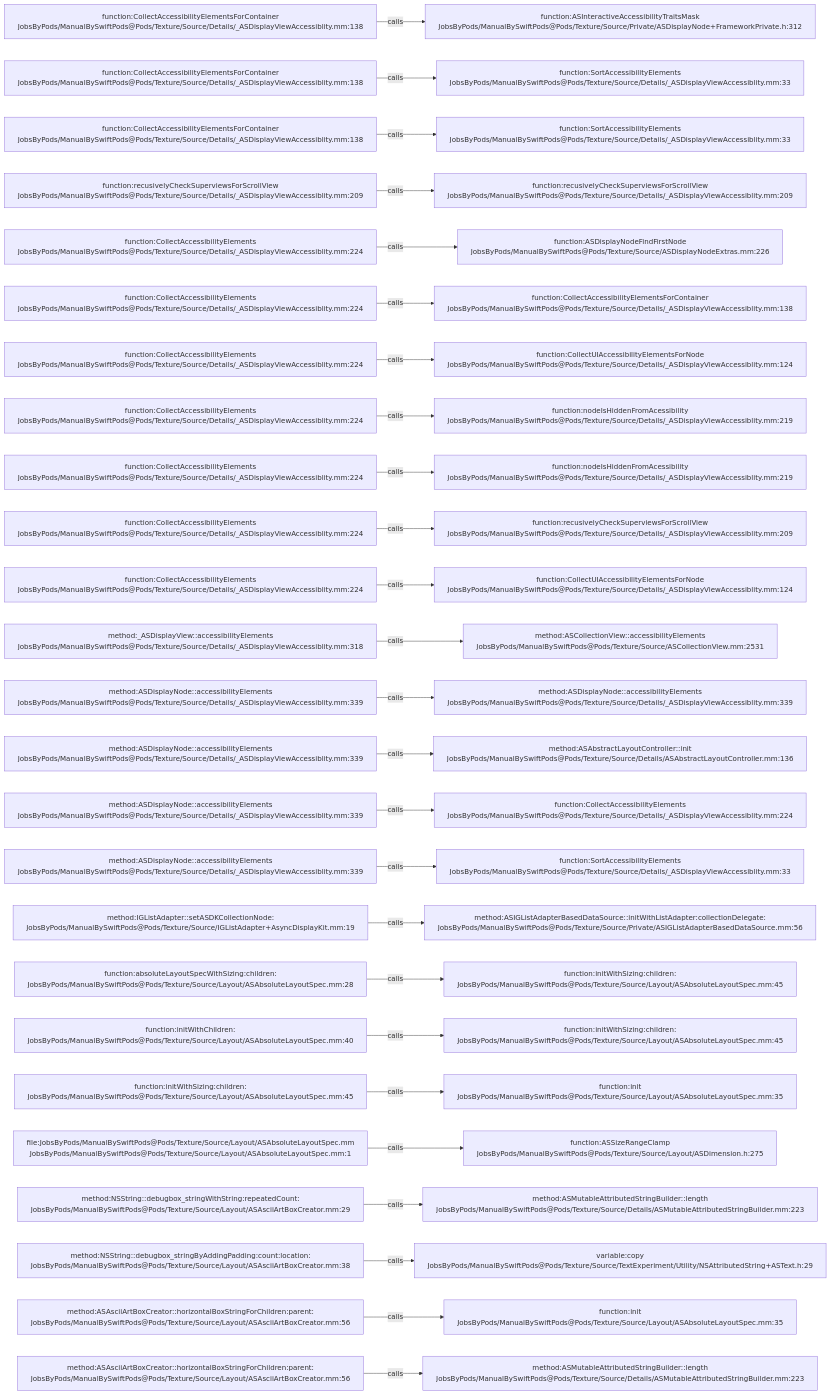
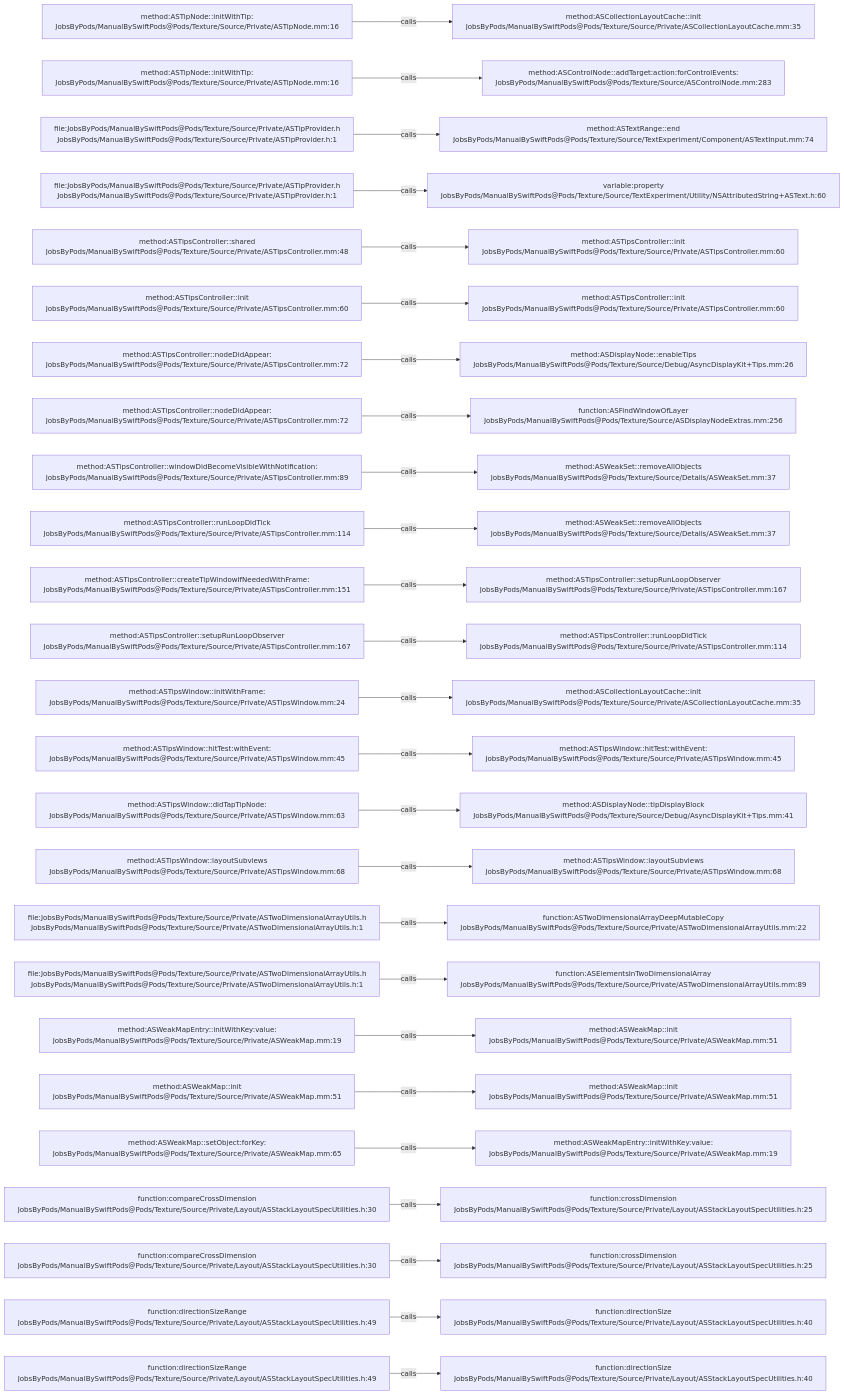
One commit to JobsKits/JobsSwiftBaseConfigDemo changed the diagram in .codegraph/codegraph.md/graphs/calls-123.md. Above: the diagram before and after it, drawn with Mermaid. The commit also changed 832 other files, not shown here.

````diff
--- a/.codegraph/codegraph.md/graphs/calls-123.md
+++ b/.codegraph/codegraph.md/graphs/calls-123.md
@@ -13,78 +13,78 @@
 ```mermaid
 flowchart LR
-  S1["function:CollectAccessibilityElementsForContainer<br/>JobsByPods/ManualBySwiftPods@Pods/Texture/Source/Details/_ASDisplayViewAccessiblity.mm:138"]
-  T1["function:ASInteractiveAccessibilityTraitsMask<br/>JobsByPods/ManualBySwiftPods@Pods/Texture/Source/Private/ASDisplayNode+FrameworkPrivate.h:312"]
+  S1["method:ASTipNode::initWithTip:<br/>JobsByPods/ManualBySwiftPods@Pods/Texture/Source/Private/ASTipNode.mm:16"]
+  T1["method:ASCollectionLayoutCache::init<br/>JobsByPods/ManualBySwiftPods@Pods/Texture/Source/Private/ASCollectionLayoutCache.mm:35"]
   S1 -->|calls| T1
-  S2["function:CollectAccessibilityElementsForContainer<br/>JobsByPods/ManualBySwiftPods@Pods/Texture/Source/Details/_ASDisplayViewAccessiblity.mm:138"]
-  T2["function:SortAccessibilityElements<br/>JobsByPods/ManualBySwiftPods@Pods/Texture/Source/Details/_ASDisplayViewAccessiblity.mm:33"]
+  S2["method:ASTipNode::initWithTip:<br/>JobsByPods/ManualBySwiftPods@Pods/Texture/Source/Private/ASTipNode.mm:16"]
+  T2["method:ASControlNode::addTarget:action:forControlEvents:<br/>JobsByPods/ManualBySwiftPods@Pods/Texture/Source/ASControlNode.mm:283"]
   S2 -->|calls| T2
-  S3["function:CollectAccessibilityElementsForContainer<br/>JobsByPods/ManualBySwiftPods@Pods/Texture/Source/Details/_ASDisplayViewAccessiblity.mm:138"]
-  T3["function:SortAccessibilityElements<br/>JobsByPods/ManualBySwiftPods@Pods/Texture/Source/Details/_ASDisplayViewAccessiblity.mm:33"]
+  S3["file:JobsByPods/ManualBySwiftPods@Pods/Texture/Source/Private/ASTipProvider.h<br/>JobsByPods/ManualBySwiftPods@Pods/Texture/Source/Private/ASTipProvider.h:1"]
+  T3["method:ASTextRange::end<br/>JobsByPods/ManualBySwiftPods@Pods/Texture/Source/TextExperiment/Component/ASTextInput.mm:74"]
   S3 -->|calls| T3
-  S4["function:recusivelyCheckSuperviewsForScrollView<br/>JobsByPods/ManualBySwiftPods@Pods/Texture/Source/Details/_ASDisplayViewAccessiblity.mm:209"]
-  T4["function:recusivelyCheckSuperviewsForScrollView<br/>JobsByPods/ManualBySwiftPods@Pods/Texture/Source/Details/_ASDisplayViewAccessiblity.mm:209"]
+  S4["file:JobsByPods/ManualBySwiftPods@Pods/Texture/Source/Private/ASTipProvider.h<br/>JobsByPods/ManualBySwiftPods@Pods/Texture/Source/Private/ASTipProvider.h:1"]
+  T4["variable:property<br/>JobsByPods/ManualBySwiftPods@Pods/Texture/Source/TextExperiment/Utility/NSAttributedString+ASText.h:60"]
   S4 -->|calls| T4
-  S5["function:CollectAccessibilityElements<br/>JobsByPods/ManualBySwiftPods@Pods/Texture/Source/Details/_ASDisplayViewAccessiblity.mm:224"]
-  T5["function:ASDisplayNodeFindFirstNode<br/>JobsByPods/ManualBySwiftPods@Pods/Texture/Source/ASDisplayNodeExtras.mm:226"]
+  S5["method:ASTipsController::shared<br/>JobsByPods/ManualBySwiftPods@Pods/Texture/Source/Private/ASTipsController.mm:48"]
+  T5["method:ASTipsController::init<br/>JobsByPods/ManualBySwiftPods@Pods/Texture/Source/Private/ASTipsController.mm:60"]
   S5 -->|calls| T5
-  S6["function:CollectAccessibilityElements<br/>JobsByPods/ManualBySwiftPods@Pods/Texture/Source/Details/_ASDisplayViewAccessiblity.mm:224"]
-  T6["function:CollectAccessibilityElementsForContainer<br/>JobsByPods/ManualBySwiftPods@Pods/Texture/Source/Details/_ASDisplayViewAccessiblity.mm:138"]
+  S6["method:ASTipsController::init<br/>JobsByPods/ManualBySwiftPods@Pods/Texture/Source/Private/ASTipsController.mm:60"]
+  T6["method:ASTipsController::init<br/>JobsByPods/ManualBySwiftPods@Pods/Texture/Source/Private/ASTipsController.mm:60"]
   S6 -->|calls| T6
-  S7["function:CollectAccessibilityElements<br/>JobsByPods/ManualBySwiftPods@Pods/Texture/Source/Details/_ASDisplayViewAccessiblity.mm:224"]
-  T7["function:CollectUIAccessibilityElementsForNode<br/>JobsByPods/ManualBySwiftPods@Pods/Texture/Source/Details/_ASDisplayViewAccessiblity.mm:124"]
+  S7["method:ASTipsController::nodeDidAppear:<br/>JobsByPods/ManualBySwiftPods@Pods/Texture/Source/Private/ASTipsController.mm:72"]
+  T7["method:ASDisplayNode::enableTips<br/>JobsByPods/ManualBySwiftPods@Pods/Texture/Source/Debug/AsyncDisplayKit+Tips.mm:26"]
   S7 -->|calls| T7
-  S8["function:CollectAccessibilityElements<br/>JobsByPods/ManualBySwiftPods@Pods/Texture/Source/Details/_ASDisplayViewAccessiblity.mm:224"]
-  T8["function:nodeIsHiddenFromAcessibility<br/>JobsByPods/ManualBySwiftPods@Pods/Texture/Source/Details/_ASDisplayViewAccessiblity.mm:219"]
+  S8["method:ASTipsController::nodeDidAppear:<br/>JobsByPods/ManualBySwiftPods@Pods/Texture/Source/Private/ASTipsController.mm:72"]
+  T8["function:ASFindWindowOfLayer<br/>JobsByPods/ManualBySwiftPods@Pods/Texture/Source/ASDisplayNodeExtras.mm:256"]
   S8 -->|calls| T8
-  S9["function:CollectAccessibilityElements<br/>JobsByPods/ManualBySwiftPods@Pods/Texture/Source/Details/_ASDisplayViewAccessiblity.mm:224"]
-  T9["function:nodeIsHiddenFromAcessibility<br/>JobsByPods/ManualBySwiftPods@Pods/Texture/Source/Details/_ASDisplayViewAccessiblity.mm:219"]
+  S9["method:ASTipsController::windowDidBecomeVisibleWithNotification:<br/>JobsByPods/ManualBySwiftPods@Pods/Texture/Source/Private/ASTipsController.mm:89"]
+  T9["method:ASWeakSet::removeAllObjects<br/>JobsByPods/ManualBySwiftPods@Pods/Texture/Source/Details/ASWeakSet.mm:37"]
   S9 -->|calls| T9
-  S10["function:CollectAccessibilityElements<br/>JobsByPods/ManualBySwiftPods@Pods/Texture/Source/Details/_ASDisplayViewAccessiblity.mm:224"]
-  T10["function:recusivelyCheckSuperviewsForScrollView<br/>JobsByPods/ManualBySwiftPods@Pods/Texture/Source/Details/_ASDisplayViewAccessiblity.mm:209"]
+  S10["method:ASTipsController::runLoopDidTick<br/>JobsByPods/ManualBySwiftPods@Pods/Texture/Source/Private/ASTipsController.mm:114"]
+  T10["method:ASWeakSet::removeAllObjects<br/>JobsByPods/ManualBySwiftPods@Pods/Texture/Source/Details/ASWeakSet.mm:37"]
   S10 -->|calls| T10
-  S11["function:CollectAccessibilityElements<br/>JobsByPods/ManualBySwiftPods@Pods/Texture/Source/Details/_ASDisplayViewAccessiblity.mm:224"]
-  T11["function:CollectUIAccessibilityElementsForNode<br/>JobsByPods/ManualBySwiftPods@Pods/Texture/Source/Details/_ASDisplayViewAccessiblity.mm:124"]
+  S11["method:ASTipsController::createTipWindowIfNeededWithFrame:<br/>JobsByPods/ManualBySwiftPods@Pods/Texture/Source/Private/ASTipsController.mm:151"]
+  T11["method:ASTipsController::setupRunLoopObserver<br/>JobsByPods/ManualBySwiftPods@Pods/Texture/Source/Private/ASTipsController.mm:167"]
   S11 -->|calls| T11
-  S12["method:_ASDisplayView::accessibilityElements<br/>JobsByPods/ManualBySwiftPods@Pods/Texture/Source/Details/_ASDisplayViewAccessiblity.mm:318"]
-  T12["method:ASCollectionView::accessibilityElements<br/>JobsByPods/ManualBySwiftPods@Pods/Texture/Source/ASCollectionView.mm:2531"]
+  S12["method:ASTipsController::setupRunLoopObserver<br/>JobsByPods/ManualBySwiftPods@Pods/Texture/Source/Private/ASTipsController.mm:167"]
+  T12["method:ASTipsController::runLoopDidTick<br/>JobsByPods/ManualBySwiftPods@Pods/Texture/Source/Private/ASTipsController.mm:114"]
   S12 -->|calls| T12
-  S13["method:ASDisplayNode::accessibilityElements<br/>JobsByPods/ManualBySwiftPods@Pods/Texture/Source/Details/_ASDisplayViewAccessiblity.mm:339"]
-  T13["method:ASDisplayNode::accessibilityElements<br/>JobsByPods/ManualBySwiftPods@Pods/Texture/Source/Details/_ASDisplayViewAccessiblity.mm:339"]
+  S13["method:ASTipsWindow::initWithFrame:<br/>JobsByPods/ManualBySwiftPods@Pods/Texture/Source/Private/ASTipsWindow.mm:24"]
+  T13["method:ASCollectionLayoutCache::init<br/>JobsByPods/ManualBySwiftPods@Pods/Texture/Source/Private/ASCollectionLayoutCache.mm:35"]
   S13 -->|calls| T13
-  S14["method:ASDisplayNode::accessibilityElements<br/>JobsByPods/ManualBySwiftPods@Pods/Texture/Source/Details/_ASDisplayViewAccessiblity.mm:339"]
-  T14["method:ASAbstractLayoutController::init<br/>JobsByPods/ManualBySwiftPods@Pods/Texture/Source/Details/ASAbstractLayoutController.mm:136"]
+  S14["method:ASTipsWindow::hitTest:withEvent:<br/>JobsByPods/ManualBySwiftPods@Pods/Texture/Source/Private/ASTipsWindow.mm:45"]
+  T14["method:ASTipsWindow::hitTest:withEvent:<br/>JobsByPods/ManualBySwiftPods@Pods/Texture/Source/Private/ASTipsWindow.mm:45"]
   S14 -->|calls| T14
-  S15["method:ASDisplayNode::accessibilityElements<br/>JobsByPods/ManualBySwiftPods@Pods/Texture/Source/Details/_ASDisplayViewAccessiblity.mm:339"]
-  T15["function:CollectAccessibilityElements<br/>JobsByPods/ManualBySwiftPods@Pods/Texture/Source/Details/_ASDisplayViewAccessiblity.mm:224"]
+  S15["method:ASTipsWindow::didTapTipNode:<br/>JobsByPods/ManualBySwiftPods@Pods/Texture/Source/Private/ASTipsWindow.mm:63"]
+  T15["method:ASDisplayNode::tipDisplayBlock<br/>JobsByPods/ManualBySwiftPods@Pods/Texture/Source/Debug/AsyncDisplayKit+Tips.mm:41"]
   S15 -->|calls| T15
-  S16["method:ASDisplayNode::accessibilityElements<br/>JobsByPods/ManualBySwiftPods@Pods/Texture/Source/Details/_ASDisplayViewAccessiblity.mm:339"]
-  T16["function:SortAccessibilityElements<br/>JobsByPods/ManualBySwiftPods@Pods/Texture/Source/Details/_ASDisplayViewAccessiblity.mm:33"]
+  S16["method:ASTipsWindow::layoutSubviews<br/>JobsByPods/ManualBySwiftPods@Pods/Texture/Source/Private/ASTipsWindow.mm:68"]
+  T16["method:ASTipsWindow::layoutSubviews<br/>JobsByPods/ManualBySwiftPods@Pods/Texture/Source/Private/ASTipsWindow.mm:68"]
   S16 -->|calls| T16
-  S17["method:IGListAdapter::setASDKCollectionNode:<br/>JobsByPods/ManualBySwiftPods@Pods/Texture/Source/IGListAdapter+AsyncDisplayKit.mm:19"]
-  T17["method:ASIGListAdapterBasedDataSource::initWithListAdapter:collectionDelegate:<br/>JobsByPods/ManualBySwiftPods@Pods/Texture/Source/Private/ASIGListAdapterBasedDataSource.mm:56"]
+  S17["file:JobsByPods/ManualBySwiftPods@Pods/Texture/Source/Private/ASTwoDimensionalArrayUtils.h<br/>JobsByPods/ManualBySwiftPods@Pods/Texture/Source/Private/ASTwoDimensionalArrayUtils.h:1"]
+  T17["function:ASTwoDimensionalArrayDeepMutableCopy<br/>JobsByPods/ManualBySwiftPods@Pods/Texture/Source/Private/ASTwoDimensionalArrayUtils.mm:22"]
   S17 -->|calls| T17
-  S18["function:absoluteLayoutSpecWithSizing:children:<br/>JobsByPods/ManualBySwiftPods@Pods/Texture/Source/Layout/ASAbsoluteLayoutSpec.mm:28"]
-  T18["function:initWithSizing:children:<br/>JobsByPods/ManualBySwiftPods@Pods/Texture/Source/Layout/ASAbsoluteLayoutSpec.mm:45"]
+  S18["file:JobsByPods/ManualBySwiftPods@Pods/Texture/Source/Private/ASTwoDimensionalArrayUtils.h<br/>JobsByPods/ManualBySwiftPods@Pods/Texture/Source/Private/ASTwoDimensionalArrayUtils.h:1"]
+  T18["function:ASElementsInTwoDimensionalArray<br/>JobsByPods/ManualBySwiftPods@Pods/Texture/Source/Private/ASTwoDimensionalArrayUtils.mm:89"]
   S18 -->|calls| T18
-  S19["function:initWithChildren:<br/>JobsByPods/ManualBySwiftPods@Pods/Texture/Source/Layout/ASAbsoluteLayoutSpec.mm:40"]
-  T19["function:initWithSizing:children:<br/>JobsByPods/ManualBySwiftPods@Pods/Texture/Source/Layout/ASAbsoluteLayoutSpec.mm:45"]
+  S19["method:ASWeakMapEntry::initWithKey:value:<br/>JobsByPods/ManualBySwiftPods@Pods/Texture/Source/Private/ASWeakMap.mm:19"]
+  T19["method:ASWeakMap::init<br/>JobsByPods/ManualBySwiftPods@Pods/Texture/Source/Private/ASWeakMap.mm:51"]
   S19 -->|calls| T19
-  S20["function:initWithSizing:children:<br/>JobsByPods/ManualBySwiftPods@Pods/Texture/Source/Layout/ASAbsoluteLayoutSpec.mm:45"]
-  T20["function:init<br/>JobsByPods/ManualBySwiftPods@Pods/Texture/Source/Layout/ASAbsoluteLayoutSpec.mm:35"]
+  S20["method:ASWeakMap::init<br/>JobsByPods/ManualBySwiftPods@Pods/Texture/Source/Private/ASWeakMap.mm:51"]
+  T20["method:ASWeakMap::init<br/>JobsByPods/ManualBySwiftPods@Pods/Texture/Source/Private/ASWeakMap.mm:51"]
   S20 -->|calls| T20
-  S21["file:JobsByPods/ManualBySwiftPods@Pods/Texture/Source/Layout/ASAbsoluteLayoutSpec.mm<br/>JobsByPods/ManualBySwiftPods@Pods/Texture/Source/Layout/ASAbsoluteLayoutSpec.mm:1"]
-  T21["function:ASSizeRangeClamp<br/>JobsByPods/ManualBySwiftPods@Pods/Texture/Source/Layout/ASDimension.h:275"]
+  S21["method:ASWeakMap::setObject:forKey:<br/>JobsByPods/ManualBySwiftPods@Pods/Texture/Source/Private/ASWeakMap.mm:65"]
+  T21["method:ASWeakMapEntry::initWithKey:value:<br/>JobsByPods/ManualBySwiftPods@Pods/Texture/Source/Private/ASWeakMap.mm:19"]
   S21 -->|calls| T21
-  S22["method:NSString::debugbox_stringWithString:repeatedCount:<br/>JobsByPods/ManualBySwiftPods@Pods/Texture/Source/Layout/ASAsciiArtBoxCreator.mm:29"]
-  T22["method:ASMutableAttributedStringBuilder::length<br/>JobsByPods/ManualBySwiftPods@Pods/Texture/Source/Details/ASMutableAttributedStringBuilder.mm:223"]
+  S22["function:compareCrossDimension<br/>JobsByPods/ManualBySwiftPods@Pods/Texture/Source/Private/Layout/ASStackLayoutSpecUtilities.h:30"]
+  T22["function:crossDimension<br/>JobsByPods/ManualBySwiftPods@Pods/Texture/Source/Private/Layout/ASStackLayoutSpecUtilities.h:25"]
   S22 -->|calls| T22
-  S23["method:NSString::debugbox_stringByAddingPadding:count:location:<br/>JobsByPods/ManualBySwiftPods@Pods/Texture/Source/Layout/ASAsciiArtBoxCreator.mm:38"]
-  T23["variable:copy<br/>JobsByPods/ManualBySwiftPods@Pods/Texture/Source/TextExperiment/Utility/NSAttributedString+ASText.h:29"]
+  S23["function:compareCrossDimension<br/>JobsByPods/ManualBySwiftPods@Pods/Texture/Source/Private/Layout/ASStackLayoutSpecUtilities.h:30"]
+  T23["function:crossDimension<br/>JobsByPods/ManualBySwiftPods@Pods/Texture/Source/Private/Layout/ASStackLayoutSpecUtilities.h:25"]
   S23 -->|calls| T23
-  S24["method:ASAsciiArtBoxCreator::horizontalBoxStringForChildren:parent:<br/>JobsByPods/ManualBySwiftPods@Pods/Texture/Source/Layout/ASAsciiArtBoxCreator.mm:56"]
-  T24["function:init<br/>JobsByPods/ManualBySwiftPods@Pods/Texture/Source/Layout/ASAbsoluteLayoutSpec.mm:35"]
+  S24["function:directionSizeRange<br/>JobsByPods/ManualBySwiftPods@Pods/Texture/Source/Private/Layout/ASStackLayoutSpecUtilities.h:49"]
+  T24["function:directionSize<br/>JobsByPods/ManualBySwiftPods@Pods/Texture/Source/Private/Layout/ASStackLayoutSpecUtilities.h:40"]
   S24 -->|calls| T24
-  S25["method:ASAsciiArtBoxCreator::horizontalBoxStringForChildren:parent:<br/>JobsByPods/ManualBySwiftPods@Pods/Texture/Source/Layout/ASAsciiArtBoxCreator.mm:56"]
-  T25["method:ASMutableAttributedStringBuilder::length<br/>JobsByPods/ManualBySwiftPods@Pods/Texture/Source/Details/ASMutableAttributedStringBuilder.mm:223"]
+  S25["function:directionSizeRange<br/>JobsByPods/ManualBySwiftPods@Pods/Texture/Source/Private/Layout/ASStackLayoutSpecUtilities.h:49"]
+  T25["function:directionSize<br/>JobsByPods/ManualBySwiftPods@Pods/Texture/Source/Private/Layout/ASStackLayoutSpecUtilities.h:40"]
   S25 -->|calls| T25
 ```
````
